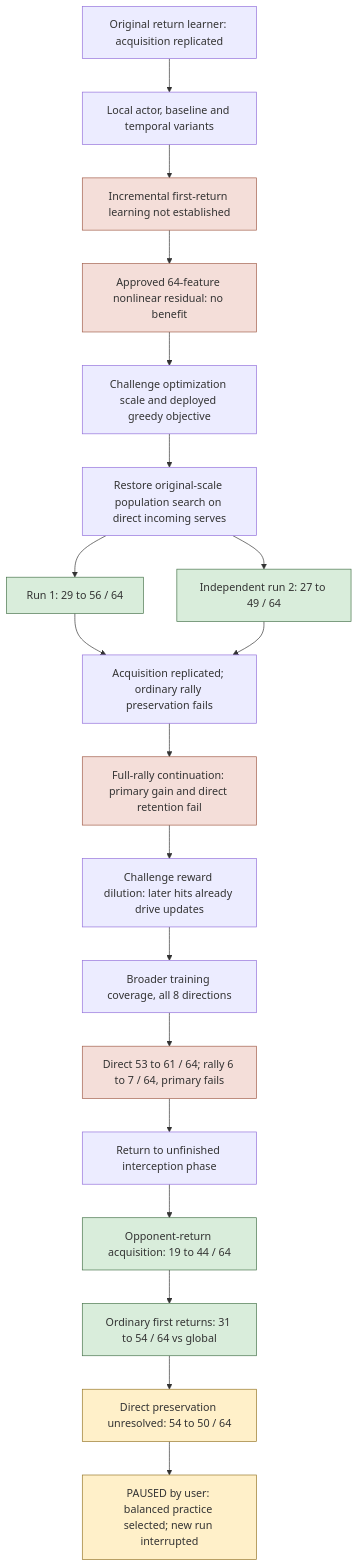
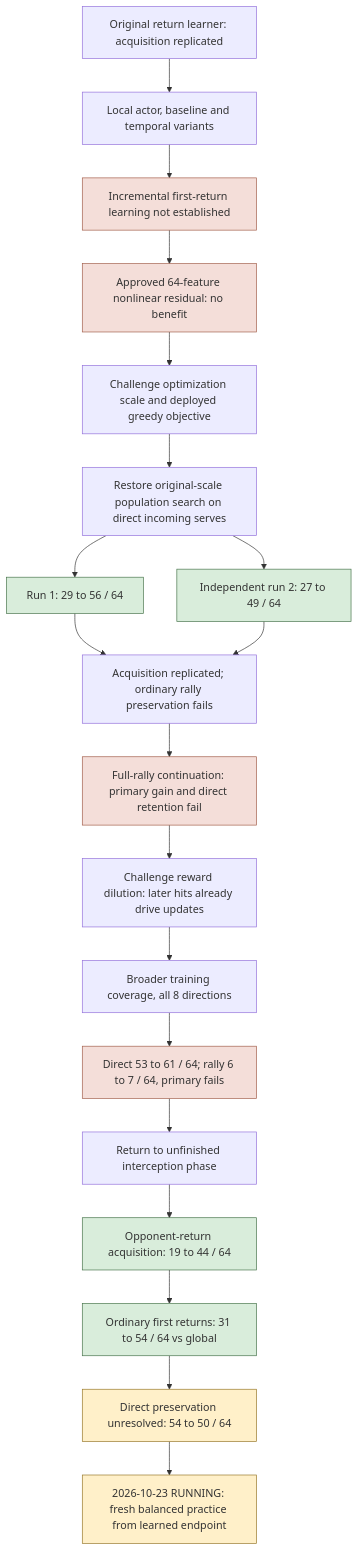
One commit to rruhland/Fly-Connectome changed the diagram in docs/reconstruction/2026-10-22-progress-map.md. Above: the diagram before and after it, drawn with Mermaid. The commit also changed other lines of this file and 1 other file, not shown here.

Commit message:
Record fresh balanced launch and blind research alternatives

````diff
--- a/docs/reconstruction/2026-10-22-progress-map.md
+++ b/docs/reconstruction/2026-10-22-progress-map.md
@@ -7,27 +7,27 @@
 ```mermaid
 flowchart TD
     A[Original return learner: acquisition replicated] --> B[Local actor, baseline and temporal variants]
     B --> C[Incremental first-return learning not established]
     C --> D[Approved 64-feature nonlinear residual: no benefit]
     D --> E[Challenge optimization scale and deployed greedy objective]
     E --> F[Restore original-scale population search on direct incoming serves]
     F --> G[Run 1: 29 to 56 / 64]
     F --> H[Independent run 2: 27 to 49 / 64]
     G --> I[Acquisition replicated; ordinary rally preservation fails]
     H --> I
     I --> J[Full-rally continuation: primary gain and direct retention fail]
     J --> K[Challenge reward dilution: later hits already drive updates]
     K --> L[Broader training coverage, all 8 directions]
     L --> M[Direct 53 to 61 / 64; rally 6 to 7 / 64, primary fails]
     M --> N[Return to unfinished interception phase]
     N --> O[Opponent-return acquisition: 19 to 44 / 64]
     O --> P[Ordinary first returns: 31 to 54 / 64 vs global]
     P --> Q[Direct preservation unresolved: 54 to 50 / 64]
-    Q --> R[PAUSED by user: balanced practice selected; new run interrupted]
+    Q --> R[2026-10-23 RUNNING: fresh balanced practice from learned endpoint]
     classDef gain fill:#d9eddb,stroke:#46734a
     classDef fail fill:#f4ded9,stroke:#a15d49
     classDef active fill:#fff0c9,stroke:#967627
     class G,H,O,P gain
     class C,D,J,M fail
     class Q,R active
 ```
````
